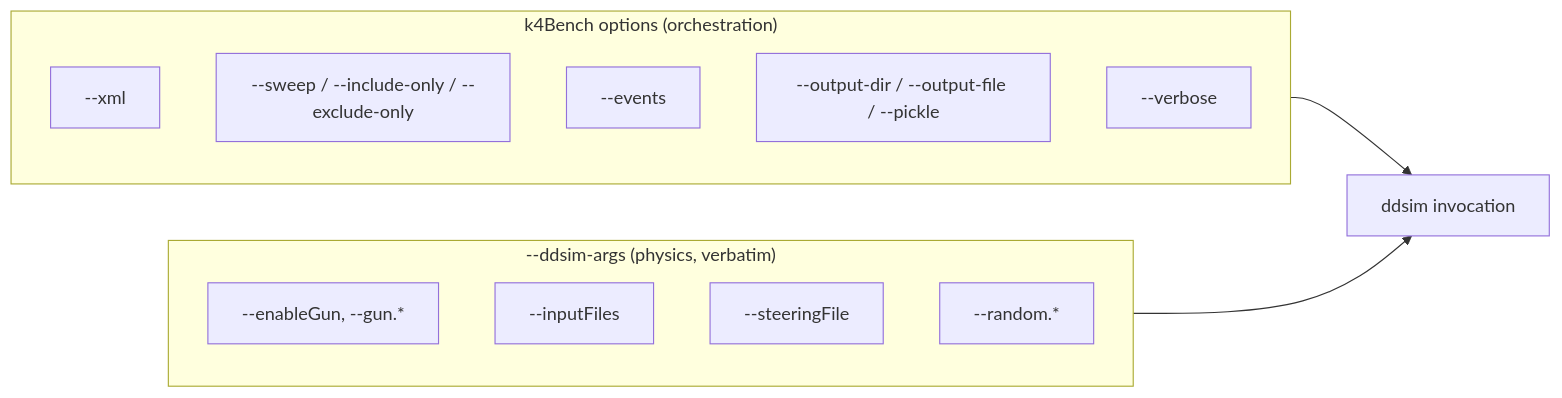
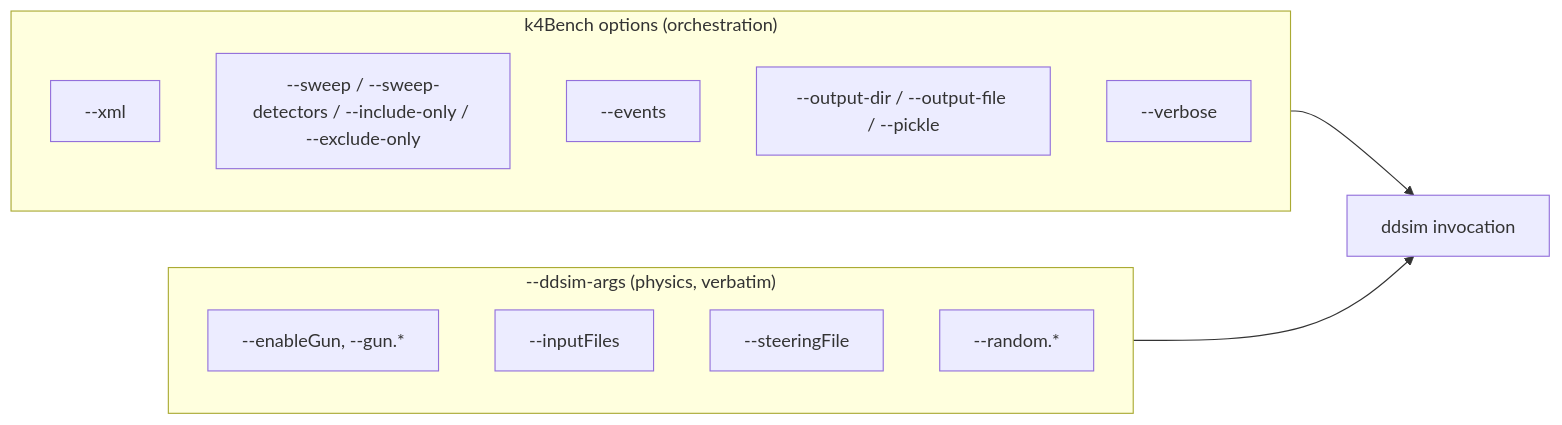
The first of 2 diagrams in docs/user-guide/configuration.md (key4hep/k4Bench), drawn with Mermaid before and after one commit. The commit also changed other lines of this file and 22 other files, not shown here.

Commit message:
Add --sweep-detectors for partial sweeps over a detector subset (#69)

````diff
--- a/docs/user-guide/configuration.md
+++ b/docs/user-guide/configuration.md
@@ -17,18 +17,18 @@
 ```mermaid
 flowchart LR
     subgraph k4["k4Bench options (orchestration)"]
         X["--xml"]
-        S["--sweep / --include-only / --exclude-only"]
+        S["--sweep / --sweep-detectors / --include-only / --exclude-only"]
         N["--events"]
         O["--output-dir / --output-file / --pickle"]
         V["--verbose"]
     end
     subgraph dd["--ddsim-args (physics, verbatim)"]
         G["--enableGun, --gun.*"]
         IF["--inputFiles"]
         ST["--steeringFile"]
         R["--random.*"]
     end
     k4 --> RUN[ddsim invocation]
     dd --> RUN
 ```
````
